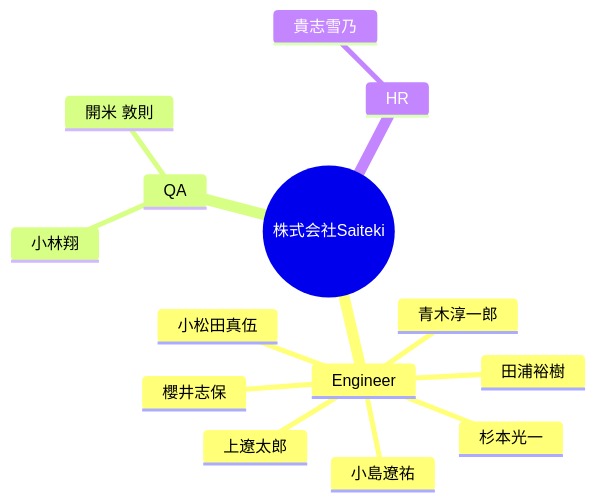
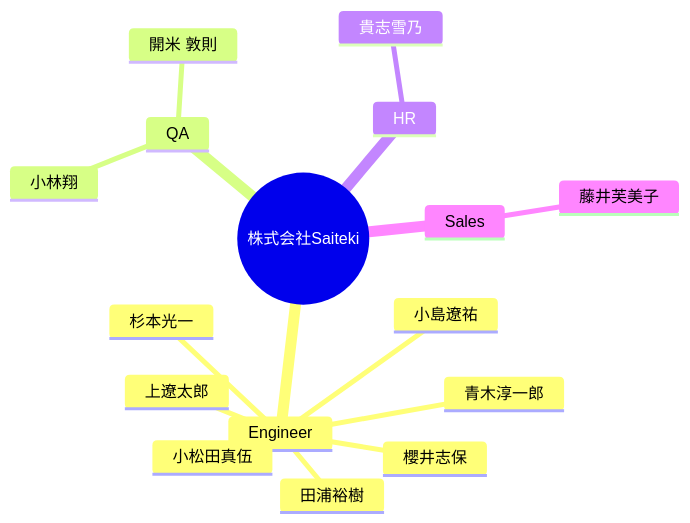
The diagram in docs/TEAM.md (Saitekiinc-com/saiteki-employee-management), drawn with Mermaid before and after one commit. The commit also changed other lines of this file and 2 other files, not shown here.

Commit message:
Update employee data from Issue #14

````diff
--- a/docs/TEAM.md
+++ b/docs/TEAM.md
@@ -5,17 +5,19 @@
 ```mermaid
 mindmap
   root((株式会社Saiteki))
     Engineer
       杉本光一
       青木淳一郎
       櫻井志保
       田浦裕樹
       上遼太郎
       小松田真伍
       小島遼祐
     QA
       小林翔
       開米 敦則
     HR
       貴志雪乃
+    Sales
+      藤井芙美子
 ```
````
